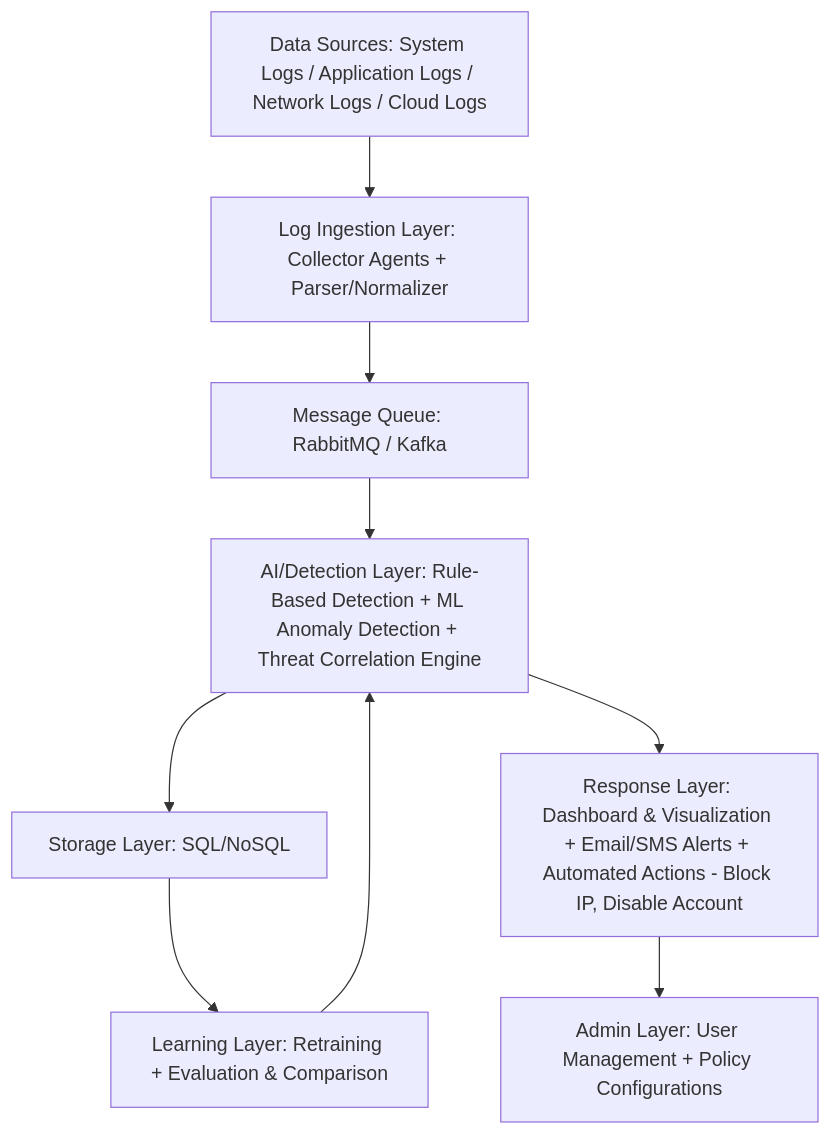
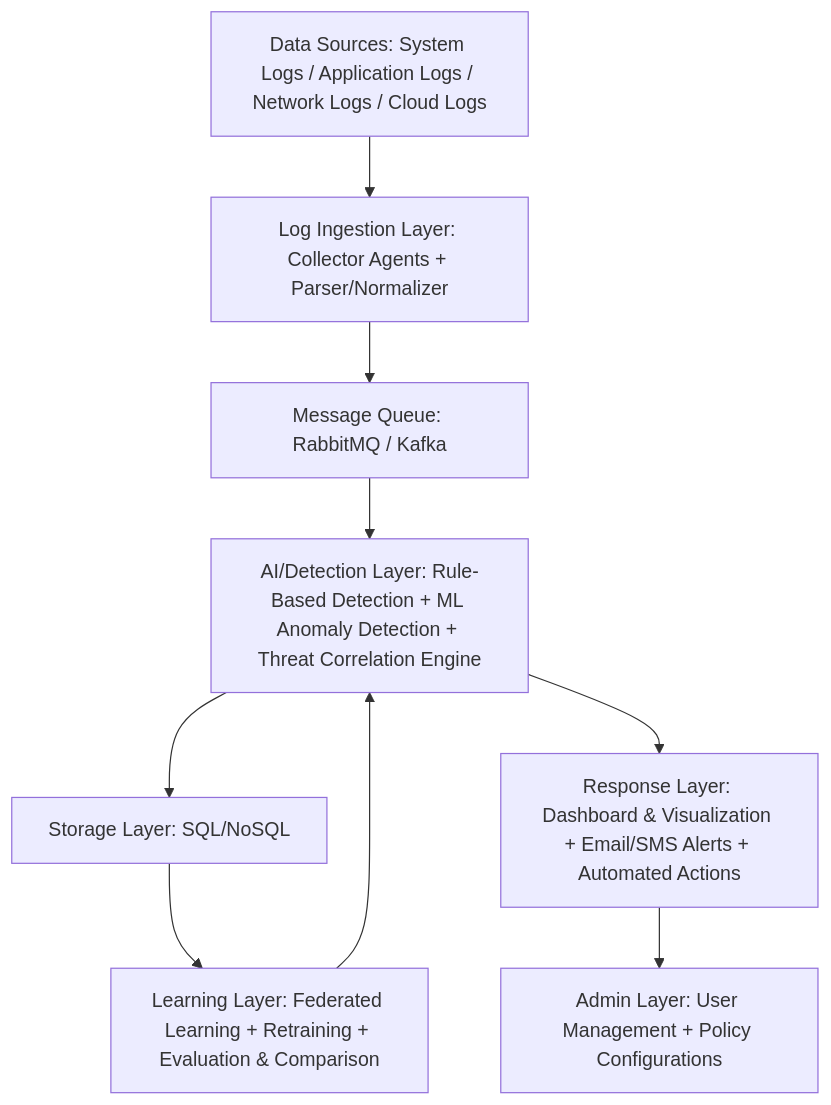
The diagram in README.md (Abdul-Sarim-Khan/FLARE), drawn with Mermaid before and after one commit. The commit also changed other lines of this file, not shown here.

````diff
--- a/README.md
+++ b/README.md
@@ -104,20 +155,20 @@
 ```mermaid
 flowchart TD
-A[Data Sources: System Logs / Application Logs / Network Logs / Cloud Logs]
-B[Log Ingestion Layer: Collector Agents + Parser/Normalizer]
-C[Message Queue: RabbitMQ / Kafka]
-D[AI/Detection Layer: Rule-Based Detection + ML Anomaly Detection + Threat Correlation Engine]
-E[Storage Layer: SQL/NoSQL]
-F[Learning Layer: Retraining + Evaluation & Comparison]
-G[Response Layer: Dashboard & Visualization + Email/SMS Alerts + Automated Actions - Block IP, Disable Account]
-H[Admin Layer: User Management + Policy Configurations]
+    A[Data Sources: System Logs / Application Logs / Network Logs / Cloud Logs]
+    B[Log Ingestion Layer: Collector Agents + Parser/Normalizer]
+    C[Message Queue: RabbitMQ / Kafka]
+    D[AI/Detection Layer: Rule-Based Detection + ML Anomaly Detection + Threat Correlation Engine]
+    E[Storage Layer: SQL/NoSQL]
+    F[Learning Layer: Federated Learning + Retraining + Evaluation & Comparison]
+    G[Response Layer: Dashboard & Visualization + Email/SMS Alerts + Automated Actions]
+    H[Admin Layer: User Management + Policy Configurations]
 
-A --> B
-B --> C
-C --> D
-D --> E
-E --> F
-F --> D
-D --> G
-G --> H
+    A --> B
+    B --> C
+    C --> D
+    D --> E
+    E --> F
+    F --> D
+    D --> G
+    G --> H
 ```
````
